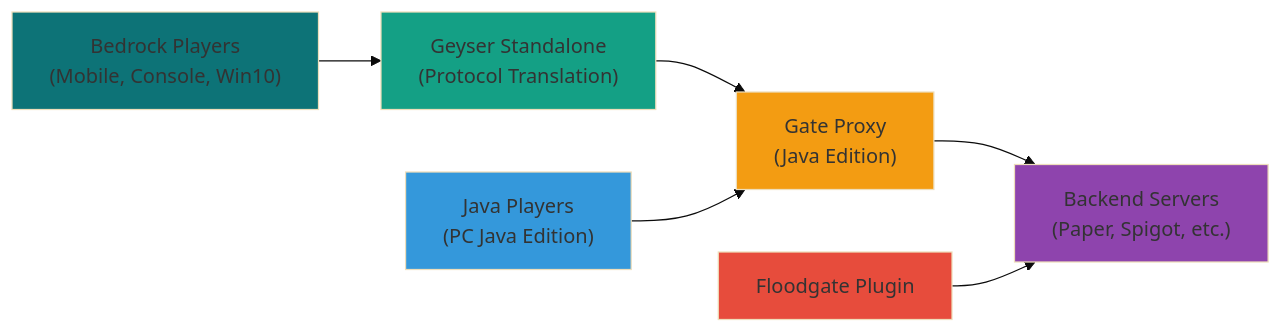
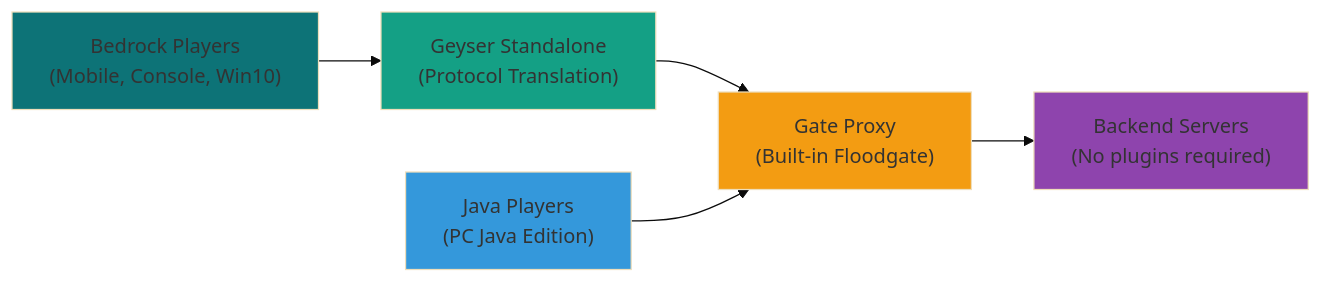
The diagram in .web/docs/guide/bedrock.md (minekube/gate), drawn with Mermaid (base theme) before and after one commit. The commit also changed other lines of this file and 28 other files, not shown here.

````diff
--- a/.web/docs/guide/bedrock.md
+++ b/.web/docs/guide/bedrock.md
@@ -9,17 +9,14 @@
 ```mermaid
 graph LR
     A["Bedrock Players<br/>(Mobile, Console, Win10)"] --> B["Geyser Standalone<br/>(Protocol Translation)"]
-    B --> C["Gate Proxy<br/>(Java Edition)"]
-    C --> D["Backend Servers<br/>(Paper, Spigot, etc.)"]
+    B --> C["Gate Proxy<br/>(Built-in Floodgate)"]
+    C --> D["Backend Servers<br/>(No plugins required)"]
 
     E["Java Players<br/>(PC Java Edition)"] --> C
-
-    F["Floodgate Plugin"] --> D
 
     style A fill:#0d7377
     style B fill:#14a085
     style C fill:#f39c12
     style D fill:#8e44ad
     style E fill:#3498db
-    style F fill:#e74c3c
 ```
````
